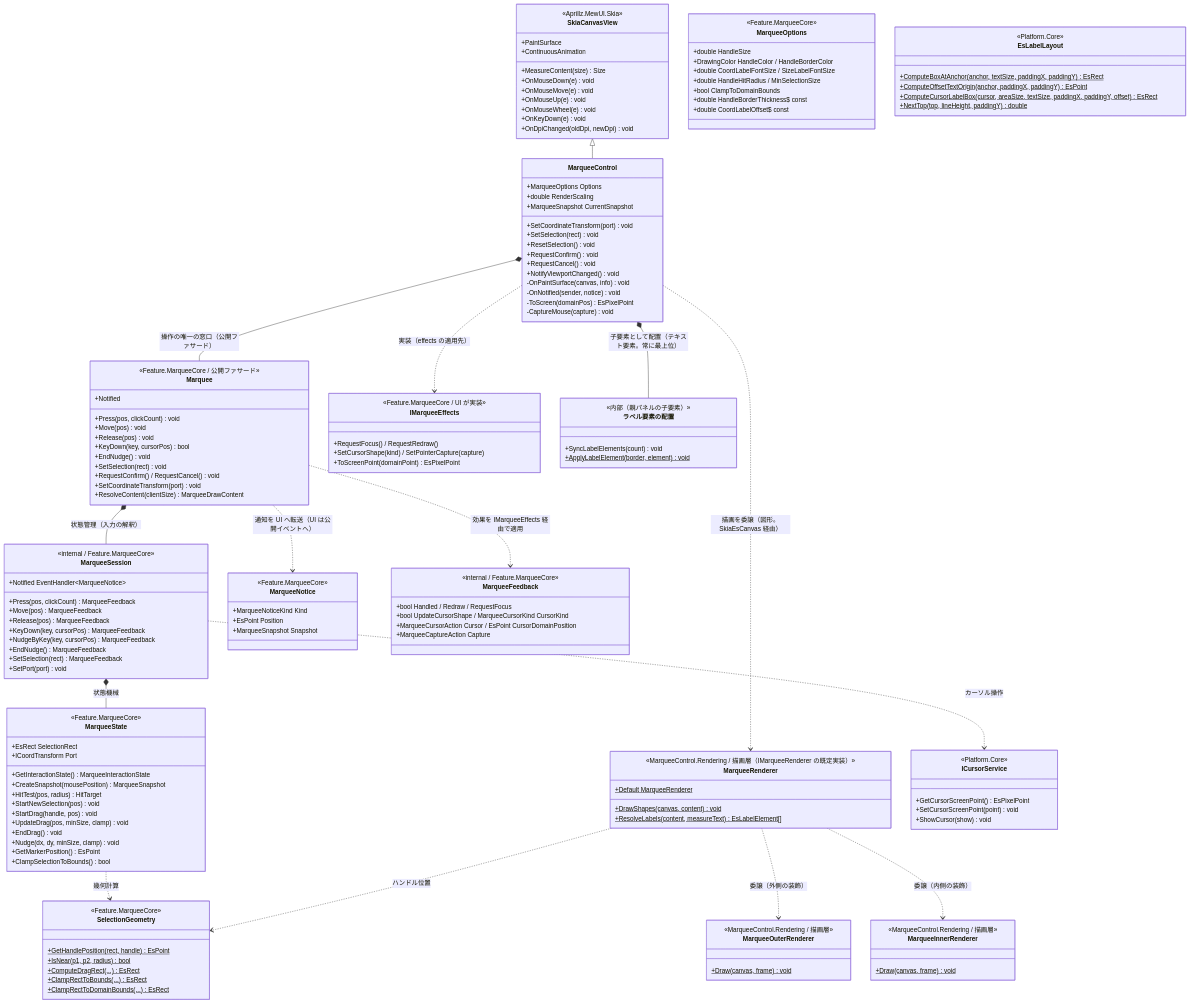
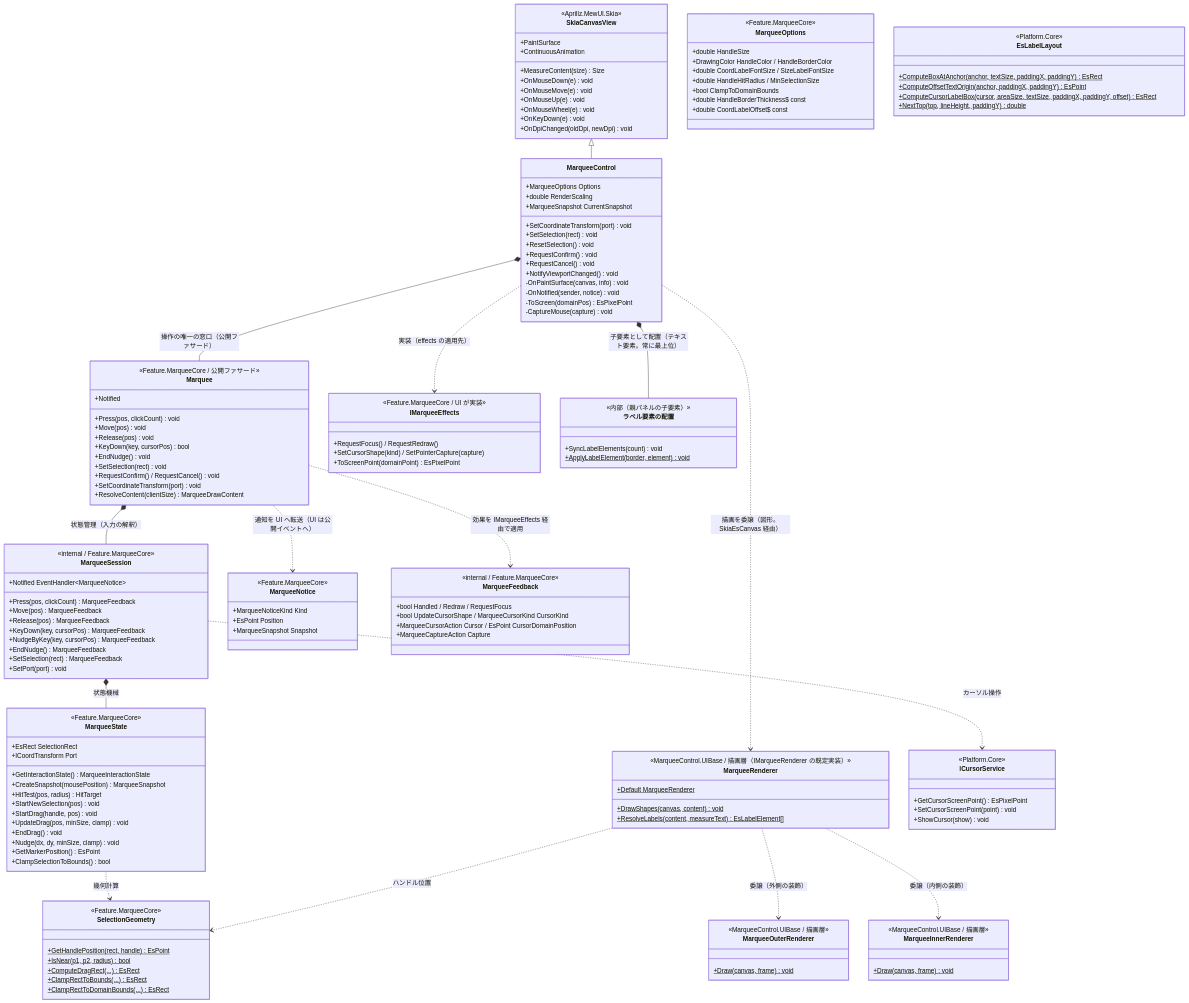
One commit to tomokuni/SaveEvidence changed the first of 4 diagrams in src/MarqueeControl.MewUI/SPEC_System.md. Above: the diagram before and after it, drawn with Mermaid. The commit also changed other lines of this file and 133 other files, not shown here.

First line of the commit message:
描画層と組み込み層を XxxControl.UIBase へ統合し 3 層構造にする

```diff
--- a/src/MarqueeControl.MewUI/SPEC_System.md
+++ b/src/MarqueeControl.MewUI/SPEC_System.md
@@ -162,13 +162,13 @@
         +MarqueeCaptureAction Capture
     }
     class MarqueeRenderer {
-        <<MarqueeControl.Rendering / 描画層（IMarqueeRenderer の既定実装）>>
+        <<MarqueeControl.UIBase / 描画層（IMarqueeRenderer の既定実装）>>
         +Default MarqueeRenderer$
         +DrawShapes(canvas, content)$ void
         +ResolveLabels(content, measureText) EsLabelElement[]$
     }
       class MarqueeOuterRenderer {
-        <<MarqueeControl.Rendering / 描画層>>
+        <<MarqueeControl.UIBase / 描画層>>
         +Draw(canvas, frame)$ void
       }
       class ラベル要素の配置 {
@@ -177,7 +177,7 @@
         +ApplyLabelElement(border, element)$ void
       }
       class MarqueeInnerRenderer {
-        <<MarqueeControl.Rendering / 描画層>>
+        <<MarqueeControl.UIBase / 描画層>>
         +Draw(canvas, frame)$ void
       }
       class MarqueeOptions {
```
